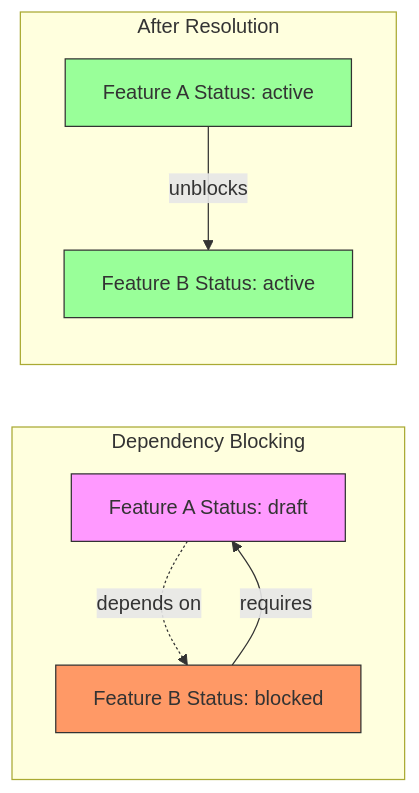
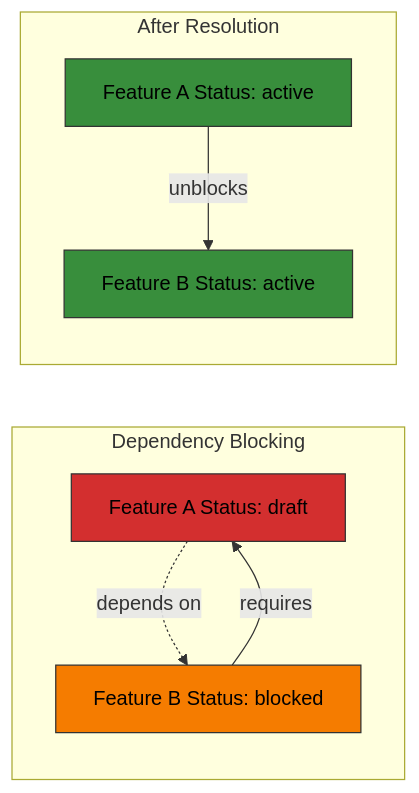
Before and after one commit to sanxzy/mandor: the sixth of 8 diagrams in README.md, drawn with Mermaid. The commit also changed other lines of this file, not shown here.

Commit message:
style: darken Mermaid dependency diagram colors for better contrast
Updated colors with darker shades and black text:
- Feature A (blocked): darker red (#d32f2f)
- Feature B (blocked): darker orange (#f57c00)
- Feature A/B (active): darker green (#388e3c)

All node text now uses black (#000) for readability.

````diff
--- a/README.md
+++ b/README.md
@@ -191,20 +190,20 @@
 ```mermaid
 flowchart LR
     subgraph Before["Dependency Blocking"]
         A1["Feature A Status: draft"]
         B1["Feature B Status: blocked"]
         A1 -.->|"depends on"| B1
         B1 -->|"requires"| A1
     end
 
     subgraph After["After Resolution"]
         A2["Feature A Status: active"]
         B2["Feature B Status: active"]
         A2 -->|"unblocks"| B2
     end
 
-    style A1 fill:#f9f,stroke:#333
-    style B1 fill:#f96,stroke:#333
-    style A2 fill:#9f9,stroke:#333
-    style B2 fill:#9f9,stroke:#333
+    style A1 fill:#d32f2f,stroke:#333,color:#000
+    style B1 fill:#f57c00,stroke:#333,color:#000
+    style A2 fill:#388e3c,stroke:#333,color:#000
+    style B2 fill:#388e3c,stroke:#333,color:#000
 ```
````
